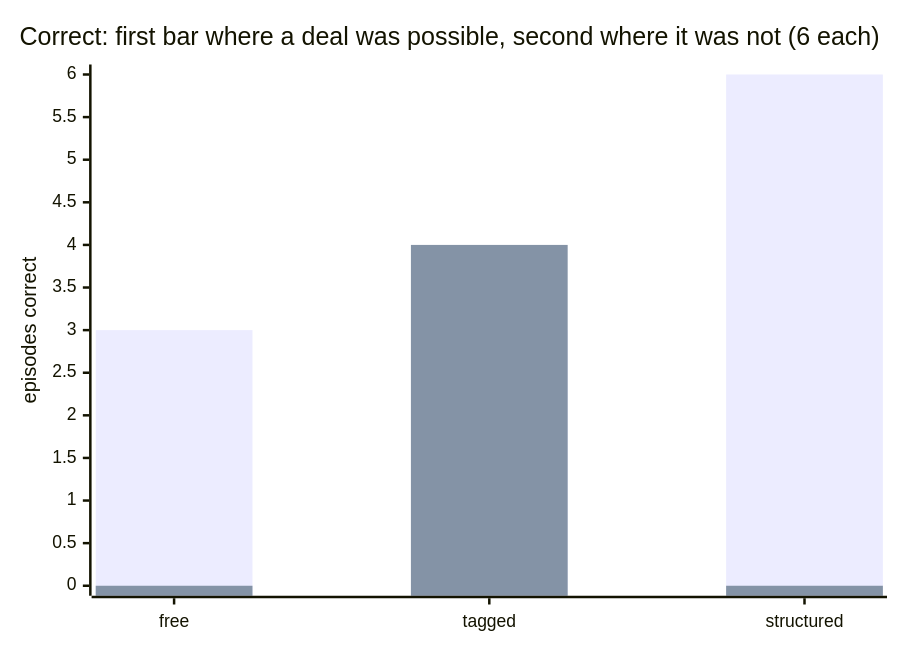
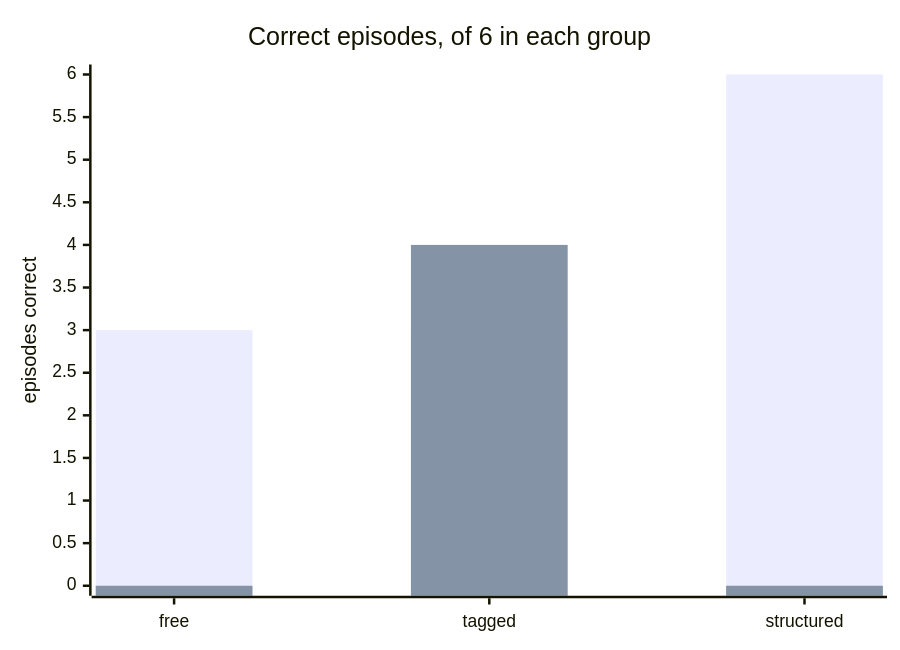
Before and after one commit to Q00/ai-agent-engineering-101: the first of 5 diagrams in submissions/26510126/week-04/REPORT.md, drawn with Mermaid. The commit also changed other lines of this file, not shown here.

First line of the commit message:
docs(week-04): name the chart series now that the renderer has legends

````diff
--- a/submissions/26510126/week-04/REPORT.md
+++ b/submissions/26510126/week-04/REPORT.md
@@ -232,8 +231,8 @@
 ```mermaid
-xychart-beta
-    title "Correct: first bar where a deal was possible, second where it was not (6 each)"
+xychart
+    title "Correct episodes, of 6 in each group"
     x-axis [free, tagged, structured]
     y-axis "episodes correct" 0 --> 6
-    bar [3, 3, 6]
-    bar [0, 4, 0]
+    bar "a deal was possible" [3, 3, 6]
+    bar "no deal was possible" [0, 4, 0]
 ```
````
